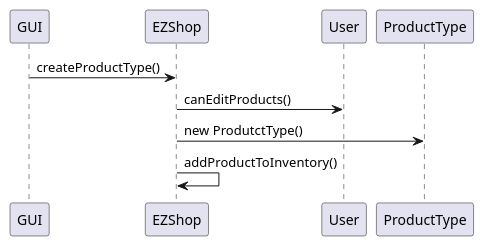
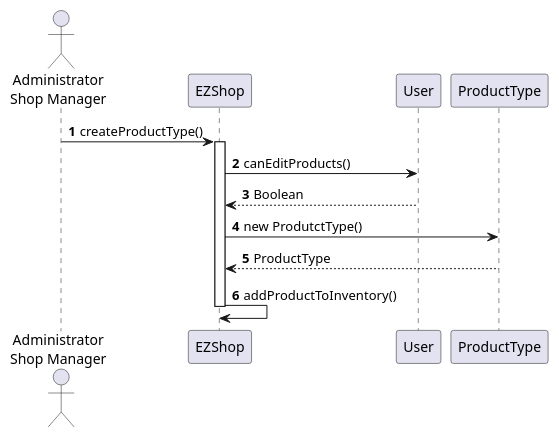
The fifth of 20 diagrams in Deliverables/DesignDocument.md (gioele-scaletta/EZShop-Software-Engineering-Project), drawn with PlantUML before and after one commit. The commit also changed other lines of this file, not shown here.

Commit message:
Updated Diagrams For Scenarios UC1,2,3

````diff
--- a/Deliverables/DesignDocument.md
+++ b/Deliverables/DesignDocument.md
@@ -290,11 +290,13 @@
 ```plantuml
-participant GUI as 1
-participant EZShop as 2
-participant User as 3
-participant ProductType as 4
+actor "Administrator\nShop Manager" as user
+autonumber
 
-1->2 : createProductType()
-2->3 : canEditProducts()
-2->4 : new ProdutctType()
-2->2 : addProductToInventory()
+user->EZShop : createProductType()
+activate EZShop
+EZShop->User : canEditProducts()
+User-->EZShop: Boolean
+EZShop->ProductType : new ProdutctType()
+EZShop<--ProductType : ProductType
+EZShop->EZShop : addProductToInventory()
+deactivate EZShop
 ```
````
